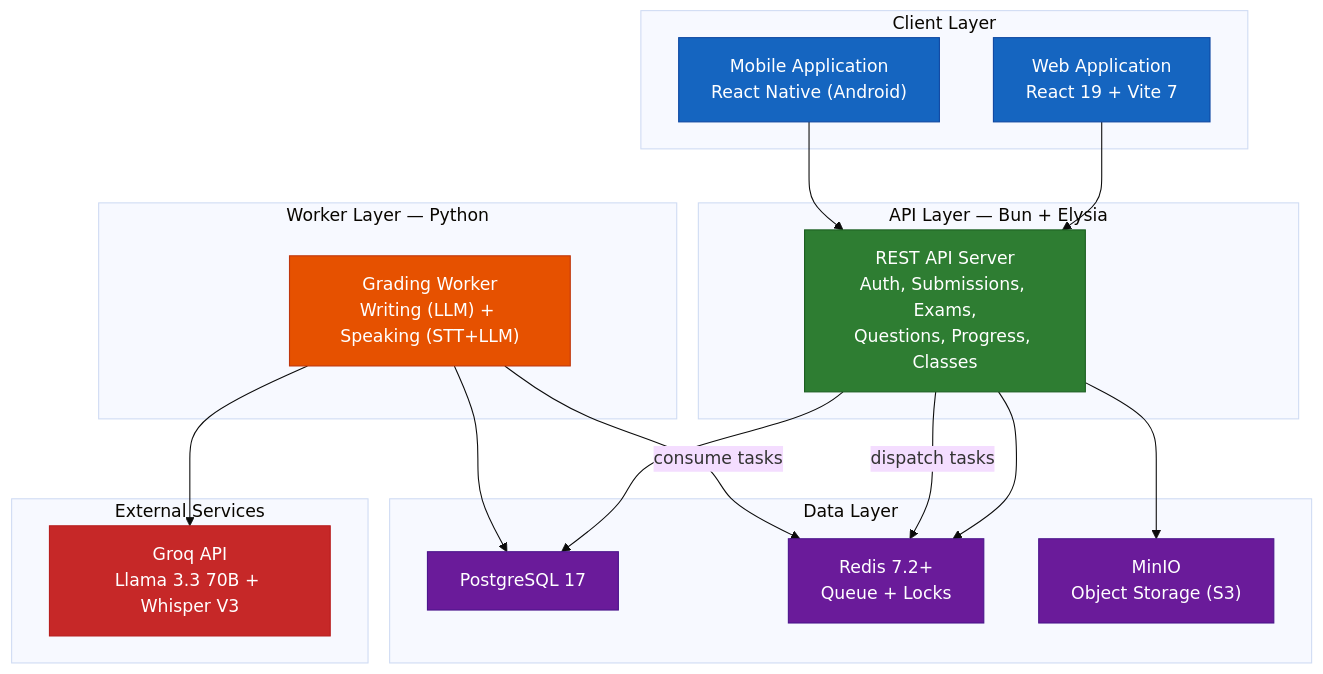
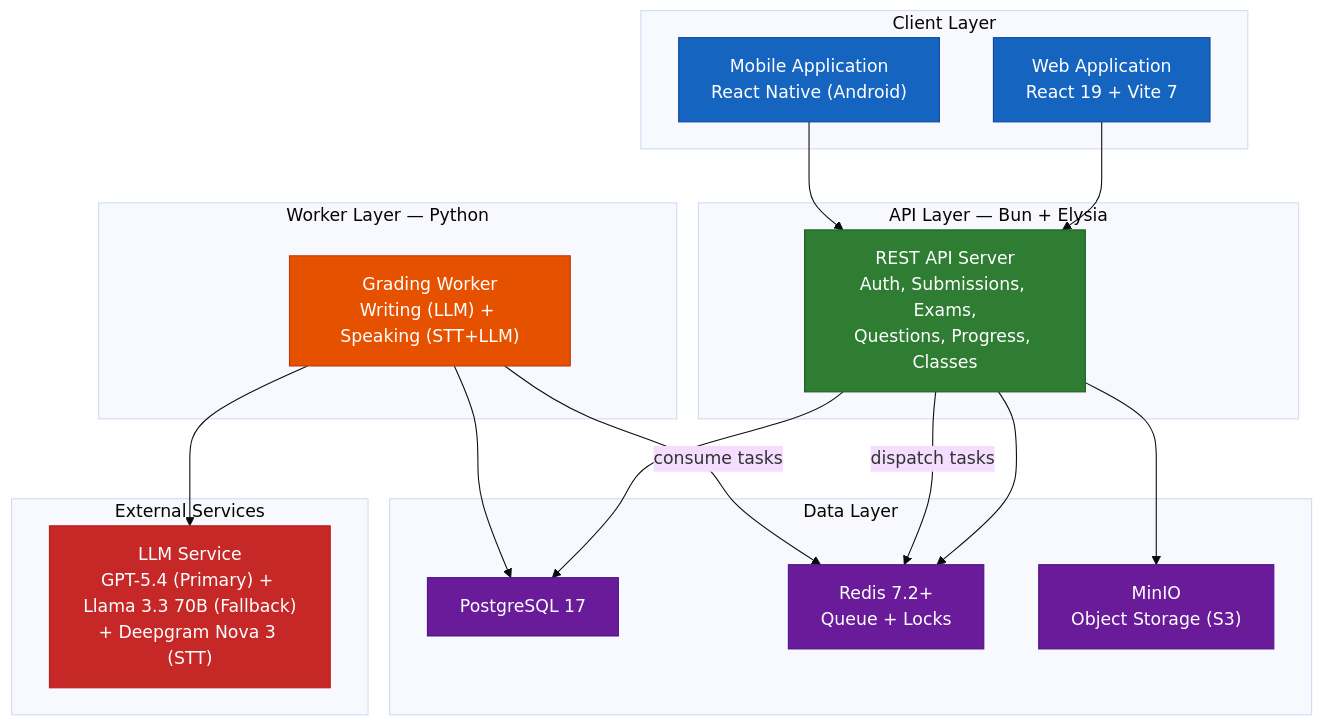
One commit to 81CuongVn/VSTEP changed the diagram in docs/capstone/reports/ENG/report1-project-introduction.md. Above: the diagram before and after it, drawn with Mermaid (base theme). The commit also changed other lines of this file, not shown here.

Commit message:
docs: update report1 replace Groq with GPT-5.4 and Cloudflare Workers AI

````diff
--- a/docs/capstone/reports/ENG/report1-project-introduction.md
+++ b/docs/capstone/reports/ENG/report1-project-introduction.md
@@ -417,47 +417,47 @@
 ```mermaid
 flowchart TB
     subgraph Clients ["Client Layer"]
         WebApp["Web Application<br/>React 19 + Vite 7"]
         MobileApp["Mobile Application<br/>React Native (Android)"]
     end
 
     subgraph Backend ["API Layer — Bun + Elysia"]
         API["REST API Server<br/>Auth, Submissions, Exams,<br/>Questions, Progress, Classes"]
     end
 
     subgraph Grading ["Worker Layer — Python"]
         Worker["Grading Worker<br/>Writing (LLM) + Speaking (STT+LLM)"]
     end
 
     subgraph Data ["Data Layer"]
         PG["PostgreSQL 17"]
         Redis["Redis 7.2+<br/>Queue + Locks"]
         MinIO["MinIO<br/>Object Storage (S3)"]
     end
 
     subgraph External ["External Services"]
-        Groq["Groq API<br/>Llama 3.3 70B + Whisper V3"]
+        LLMService["LLM Service<br/>GPT-5.4 (Primary) + Llama 3.3 70B (Fallback)<br/>+ Deepgram Nova 3 (STT)"]
     end
 
     WebApp --> API
     MobileApp --> API
     API --> PG
     API --> Redis
     API --> MinIO
     API -->|"dispatch tasks"| Redis
     Worker -->|"consume tasks"| Redis
     Worker --> PG
-    Worker --> Groq
+    Worker --> LLMService
 
     classDef client fill:#1565c0,stroke:#0d47a1,color:#fff
     classDef api fill:#2e7d32,stroke:#1b5e20,color:#fff
     classDef worker fill:#e65100,stroke:#bf360c,color:#fff
     classDef data fill:#6a1b9a,stroke:#4a148c,color:#fff
     classDef external fill:#c62828,stroke:#b71c1c,color:#fff
 
     class WebApp,MobileApp client
     class API api
     class Worker worker
     class PG,Redis,MinIO data
-    class Groq external
+    class LLMService external
 ```
````
